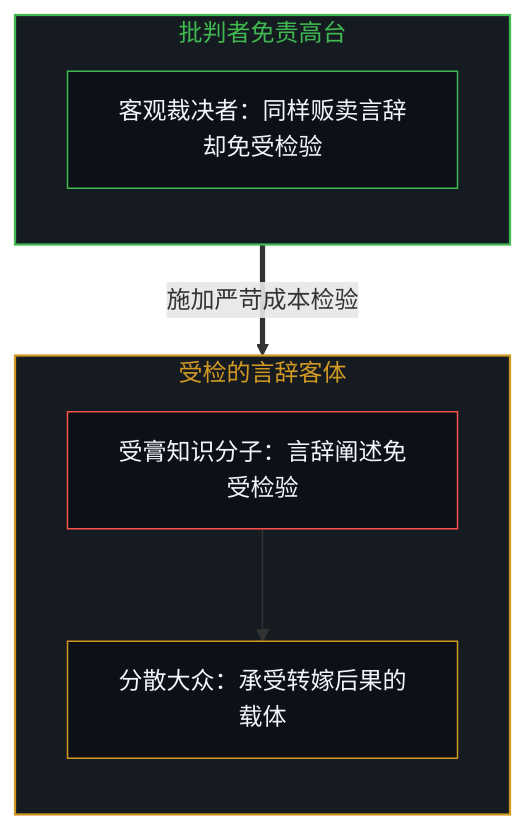
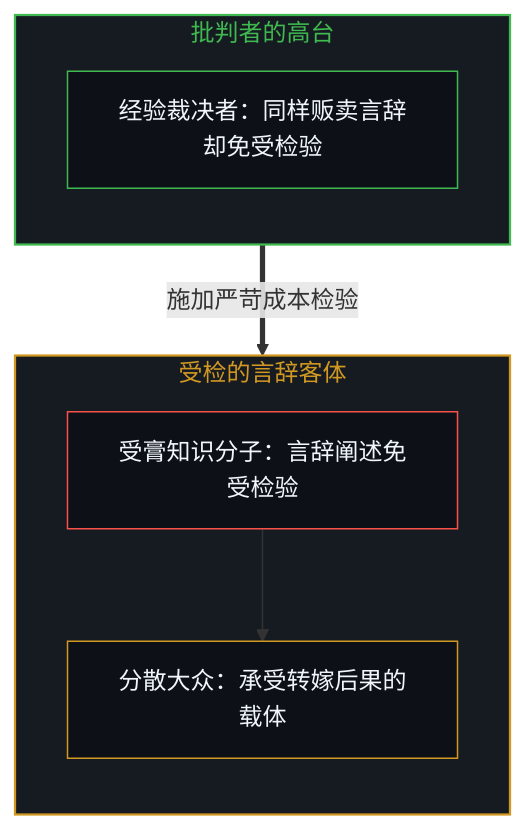
The fifth of 8 diagrams in content/posts/the-unexamined-critic.md (powerpig99/not-a-toe), drawn with Mermaid before and after one commit. The commit also changed other lines of this file and 8 other files, not shown here.

````diff
--- a/content/posts/the-unexamined-critic.md
+++ b/content/posts/the-unexamined-critic.md
@@ -133,19 +133,19 @@
 ```mermaid
 flowchart TD
-    subgraph S_Critic ["批判者免责高台"]
+    subgraph S_Critic ["批判者的高台"]
         direction TB
-        CriticSeat["客观裁决者：同样贩卖言辞却免受检验"]
+        CriticSeat["经验裁决者：同样贩卖言辞却免受检验"]
     end
     subgraph S_Anointed ["受检的言辞客体"]
         direction TB
         AnointedUnits["受膏知识分子：言辞阐述免受检验"]
         MarketReality["分散大众：承受转嫁后果的载体"]
         AnointedUnits --> MarketReality
     end
     S_Critic ==> |施加严苛成本检验| S_Anointed
     style S_Critic fill:#161b22,stroke:#3fb950,stroke-width:1.5px,color:#3fb950
     style S_Anointed fill:#161b22,stroke:#d29922,stroke-width:1.5px,color:#d29922
     style CriticSeat fill:#0d1117,stroke:#3fb950,stroke-width:1px,color:#f0f6fc
     style AnointedUnits fill:#0d1117,stroke:#f85149,stroke-width:1px,color:#f0f6fc
     style MarketReality fill:#0d1117,stroke:#d29922,stroke-width:1px,color:#f0f6fc
 ```
````
